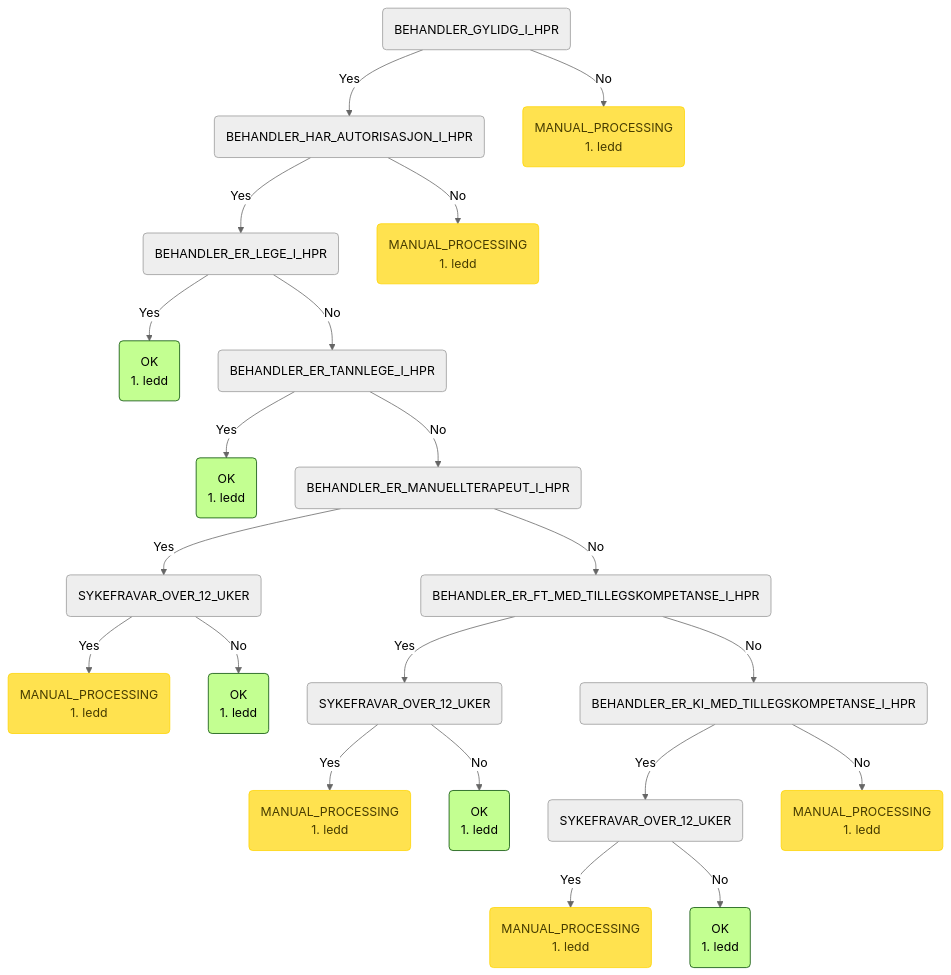
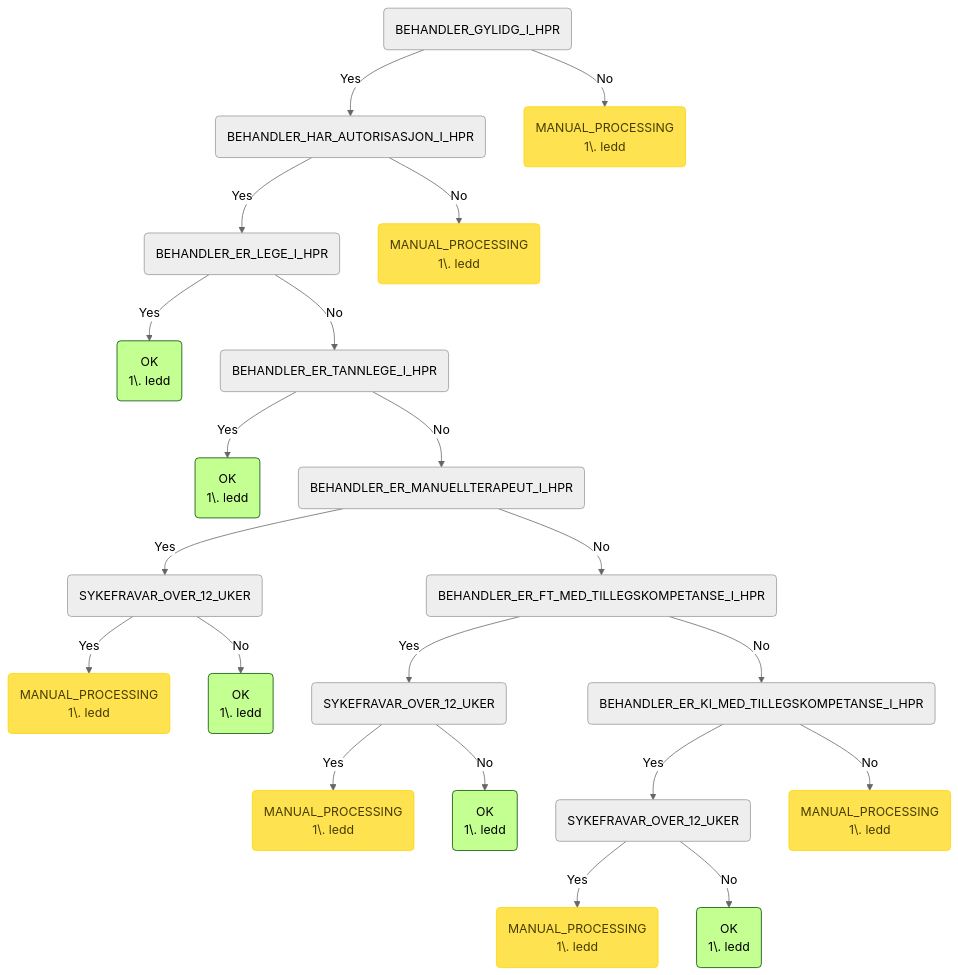
The fourth of 8 diagrams in README.md (navikt/syfosmpapirregler), drawn with Mermaid (neutral theme) before and after one commit. The commit also changed other lines of this file and 1 other file, not shown here.

````diff
--- a/README.md
+++ b/README.md
@@ -136,31 +124,37 @@
 ```mermaid
 graph TD
     root(BEHANDLER_GYLIDG_I_HPR) -->|Yes| root_BEHANDLER_GYLIDG_I_HPR_BEHANDLER_HAR_AUTORISASJON_I_HPR(BEHANDLER_HAR_AUTORISASJON_I_HPR)
     root_BEHANDLER_GYLIDG_I_HPR_BEHANDLER_HAR_AUTORISASJON_I_HPR(BEHANDLER_HAR_AUTORISASJON_I_HPR) -->|Yes| root_BEHANDLER_GYLIDG_I_HPR_BEHANDLER_HAR_AUTORISASJON_I_HPR_BEHANDLER_ER_LEGE_I_HPR(BEHANDLER_ER_LEGE_I_HPR)
     root_BEHANDLER_GYLIDG_I_HPR_BEHANDLER_HAR_AUTORISASJON_I_HPR_BEHANDLER_ER_LEGE_I_HPR(BEHANDLER_ER_LEGE_I_HPR) -->|Yes| root_BEHANDLER_GYLIDG_I_HPR_BEHANDLER_HAR_AUTORISASJON_I_HPR_BEHANDLER_ER_LEGE_I_HPR_OK(OK
-1. ledd):::ok
+1\. ledd):::ok
     root_BEHANDLER_GYLIDG_I_HPR_BEHANDLER_HAR_AUTORISASJON_I_HPR_BEHANDLER_ER_LEGE_I_HPR(BEHANDLER_ER_LEGE_I_HPR) -->|No| root_BEHANDLER_GYLIDG_I_HPR_BEHANDLER_HAR_AUTORISASJON_I_HPR_BEHANDLER_ER_LEGE_I_HPR_BEHANDLER_ER_TANNLEGE_I_HPR(BEHANDLER_ER_TANNLEGE_I_HPR)
     root_BEHANDLER_GYLIDG_I_HPR_BEHANDLER_HAR_AUTORISASJON_I_HPR_BEHANDLER_ER_LEGE_I_HPR_BEHANDLER_ER_TANNLEGE_I_HPR(BEHANDLER_ER_TANNLEGE_I_HPR) -->|Yes| root_BEHANDLER_GYLIDG_I_HPR_BEHANDLER_HAR_AUTORISASJON_I_HPR_BEHANDLER_ER_LEGE_I_HPR_BEHANDLER_ER_TANNLEGE_I_HPR_OK(OK
-1. ledd):::ok
+1\. ledd):::ok
     root_BEHANDLER_GYLIDG_I_HPR_BEHANDLER_HAR_AUTORISASJON_I_HPR_BEHANDLER_ER_LEGE_I_HPR_BEHANDLER_ER_TANNLEGE_I_HPR(BEHANDLER_ER_TANNLEGE_I_HPR) -->|No| root_BEHANDLER_GYLIDG_I_HPR_BEHANDLER_HAR_AUTORISASJON_I_HPR_BEHANDLER_ER_LEGE_I_HPR_BEHANDLER_ER_TANNLEGE_I_HPR_BEHANDLER_ER_MANUELLTERAPEUT_I_HPR(BEHANDLER_ER_MANUELLTERAPEUT_I_HPR)
     root_BEHANDLER_GYLIDG_I_HPR_BEHANDLER_HAR_AUTORISASJON_I_HPR_BEHANDLER_ER_LEGE_I_HPR_BEHANDLER_ER_TANNLEGE_I_HPR_BEHANDLER_ER_MANUELLTERAPEUT_I_HPR(BEHANDLER_ER_MANUELLTERAPEUT_I_HPR) -->|Yes| root_BEHANDLER_GYLIDG_I_HPR_BEHANDLER_HAR_AUTORISASJON_I_HPR_BEHANDLER_ER_LEGE_I_HPR_BEHANDLER_ER_TANNLEGE_I_HPR_BEHANDLER_ER_MANUELLTERAPEUT_I_HPR_SYKEFRAVAR_OVER_12_UKER(SYKEFRAVAR_OVER_12_UKER)
     root_BEHANDLER_GYLIDG_I_HPR_BEHANDLER_HAR_AUTORISASJON_I_HPR_BEHANDLER_ER_LEGE_I_HPR_BEHANDLER_ER_TANNLEGE_I_HPR_BEHANDLER_ER_MANUELLTERAPEUT_I_HPR_SYKEFRAVAR_OVER_12_UKER(SYKEFRAVAR_OVER_12_UKER) -->|Yes| root_BEHANDLER_GYLIDG_I_HPR_BEHANDLER_HAR_AUTORISASJON_I_HPR_BEHANDLER_ER_LEGE_I_HPR_BEHANDLER_ER_TANNLEGE_I_HPR_BEHANDLER_ER_MANUELLTERAPEUT_I_HPR_SYKEFRAVAR_OVER_12_UKER_MANUAL_PROCESSING(MANUAL_PROCESSING
-1. ledd):::manuell
-    root_BEHANDLER_GYLIDG_I_HPR_BEHANDLER_HAR_AUTORISASJON_I_HPR_BEHANDLER_ER_LEGE_I_HPR_BEHANDLER_ER_TANNLEGE_I_HPR_BEHANDLER_ER_MANUELLTERAPEUT_I_HPR_SYKEFRAVAR_OVER_12_UKER(SYKEFRAVAR_OVER_12_UKER) -->|No| root_BEHANDLER_GYLIDG_I_HPR_BEHANDLER_HAR_AUTORISASJON_I_HPR_BEHANDLER_ER_LEGE_I_HPR_BEHANDLER_ER_TANNLEGE_I_HPR_BEHANDLER_ER_MANUELLTERAPEUT_I_HPR_SYKEFRAVAR_OVER_12_UKER_OK(OK <br/>1. ledd):::ok
+1\. ledd):::manuell
+    root_BEHANDLER_GYLIDG_I_HPR_BEHANDLER_HAR_AUTORISASJON_I_HPR_BEHANDLER_ER_LEGE_I_HPR_BEHANDLER_ER_TANNLEGE_I_HPR_BEHANDLER_ER_MANUELLTERAPEUT_I_HPR_SYKEFRAVAR_OVER_12_UKER(SYKEFRAVAR_OVER_12_UKER) -->|No| root_BEHANDLER_GYLIDG_I_HPR_BEHANDLER_HAR_AUTORISASJON_I_HPR_BEHANDLER_ER_LEGE_I_HPR_BEHANDLER_ER_TANNLEGE_I_HPR_BEHANDLER_ER_MANUELLTERAPEUT_I_HPR_SYKEFRAVAR_OVER_12_UKER_OK(OK
+1\. ledd):::ok
     root_BEHANDLER_GYLIDG_I_HPR_BEHANDLER_HAR_AUTORISASJON_I_HPR_BEHANDLER_ER_LEGE_I_HPR_BEHANDLER_ER_TANNLEGE_I_HPR_BEHANDLER_ER_MANUELLTERAPEUT_I_HPR(BEHANDLER_ER_MANUELLTERAPEUT_I_HPR) -->|No| root_BEHANDLER_GYLIDG_I_HPR_BEHANDLER_HAR_AUTORISASJON_I_HPR_BEHANDLER_ER_LEGE_I_HPR_BEHANDLER_ER_TANNLEGE_I_HPR_BEHANDLER_ER_MANUELLTERAPEUT_I_HPR_BEHANDLER_ER_FT_MED_TILLEGSKOMPETANSE_I_HPR(BEHANDLER_ER_FT_MED_TILLEGSKOMPETANSE_I_HPR)
     root_BEHANDLER_GYLIDG_I_HPR_BEHANDLER_HAR_AUTORISASJON_I_HPR_BEHANDLER_ER_LEGE_I_HPR_BEHANDLER_ER_TANNLEGE_I_HPR_BEHANDLER_ER_MANUELLTERAPEUT_I_HPR_BEHANDLER_ER_FT_MED_TILLEGSKOMPETANSE_I_HPR(BEHANDLER_ER_FT_MED_TILLEGSKOMPETANSE_I_HPR) -->|Yes| root_BEHANDLER_GYLIDG_I_HPR_BEHANDLER_HAR_AUTORISASJON_I_HPR_BEHANDLER_ER_LEGE_I_HPR_BEHANDLER_ER_TANNLEGE_I_HPR_BEHANDLER_ER_MANUELLTERAPEUT_I_HPR_BEHANDLER_ER_FT_MED_TILLEGSKOMPETANSE_I_HPR_SYKEFRAVAR_OVER_12_UKER(SYKEFRAVAR_OVER_12_UKER)
     root_BEHANDLER_GYLIDG_I_HPR_BEHANDLER_HAR_AUTORISASJON_I_HPR_BEHANDLER_ER_LEGE_I_HPR_BEHANDLER_ER_TANNLEGE_I_HPR_BEHANDLER_ER_MANUELLTERAPEUT_I_HPR_BEHANDLER_ER_FT_MED_TILLEGSKOMPETANSE_I_HPR_SYKEFRAVAR_OVER_12_UKER(SYKEFRAVAR_OVER_12_UKER) -->|Yes| root_BEHANDLER_GYLIDG_I_HPR_BEHANDLER_HAR_AUTORISASJON_I_HPR_BEHANDLER_ER_LEGE_I_HPR_BEHANDLER_ER_TANNLEGE_I_HPR_BEHANDLER_ER_MANUELLTERAPEUT_I_HPR_BEHANDLER_ER_FT_MED_TILLEGSKOMPETANSE_I_HPR_SYKEFRAVAR_OVER_12_UKER_MANUAL_PROCESSING(MANUAL_PROCESSING
-1. ledd):::manuell
-    root_BEHANDLER_GYLIDG_I_HPR_BEHANDLER_HAR_AUTORISASJON_I_HPR_BEHANDLER_ER_LEGE_I_HPR_BEHANDLER_ER_TANNLEGE_I_HPR_BEHANDLER_ER_MANUELLTERAPEUT_I_HPR_BEHANDLER_ER_FT_MED_TILLEGSKOMPETANSE_I_HPR_SYKEFRAVAR_OVER_12_UKER(SYKEFRAVAR_OVER_12_UKER) -->|No| root_BEHANDLER_GYLIDG_I_HPR_BEHANDLER_HAR_AUTORISASJON_I_HPR_BEHANDLER_ER_LEGE_I_HPR_BEHANDLER_ER_TANNLEGE_I_HPR_BEHANDLER_ER_MANUELLTERAPEUT_I_HPR_BEHANDLER_ER_FT_MED_TILLEGSKOMPETANSE_I_HPR_SYKEFRAVAR_OVER_12_UKER_OK(OK <br/>1. ledd):::ok
+1\. ledd):::manuell
+    root_BEHANDLER_GYLIDG_I_HPR_BEHANDLER_HAR_AUTORISASJON_I_HPR_BEHANDLER_ER_LEGE_I_HPR_BEHANDLER_ER_TANNLEGE_I_HPR_BEHANDLER_ER_MANUELLTERAPEUT_I_HPR_BEHANDLER_ER_FT_MED_TILLEGSKOMPETANSE_I_HPR_SYKEFRAVAR_OVER_12_UKER(SYKEFRAVAR_OVER_12_UKER) -->|No| root_BEHANDLER_GYLIDG_I_HPR_BEHANDLER_HAR_AUTORISASJON_I_HPR_BEHANDLER_ER_LEGE_I_HPR_BEHANDLER_ER_TANNLEGE_I_HPR_BEHANDLER_ER_MANUELLTERAPEUT_I_HPR_BEHANDLER_ER_FT_MED_TILLEGSKOMPETANSE_I_HPR_SYKEFRAVAR_OVER_12_UKER_OK(OK
+1\. ledd):::ok
     root_BEHANDLER_GYLIDG_I_HPR_BEHANDLER_HAR_AUTORISASJON_I_HPR_BEHANDLER_ER_LEGE_I_HPR_BEHANDLER_ER_TANNLEGE_I_HPR_BEHANDLER_ER_MANUELLTERAPEUT_I_HPR_BEHANDLER_ER_FT_MED_TILLEGSKOMPETANSE_I_HPR(BEHANDLER_ER_FT_MED_TILLEGSKOMPETANSE_I_HPR) -->|No| root_BEHANDLER_GYLIDG_I_HPR_BEHANDLER_HAR_AUTORISASJON_I_HPR_BEHANDLER_ER_LEGE_I_HPR_BEHANDLER_ER_TANNLEGE_I_HPR_BEHANDLER_ER_MANUELLTERAPEUT_I_HPR_BEHANDLER_ER_FT_MED_TILLEGSKOMPETANSE_I_HPR_BEHANDLER_ER_KI_MED_TILLEGSKOMPETANSE_I_HPR(BEHANDLER_ER_KI_MED_TILLEGSKOMPETANSE_I_HPR)
     root_BEHANDLER_GYLIDG_I_HPR_BEHANDLER_HAR_AUTORISASJON_I_HPR_BEHANDLER_ER_LEGE_I_HPR_BEHANDLER_ER_TANNLEGE_I_HPR_BEHANDLER_ER_MANUELLTERAPEUT_I_HPR_BEHANDLER_ER_FT_MED_TILLEGSKOMPETANSE_I_HPR_BEHANDLER_ER_KI_MED_TILLEGSKOMPETANSE_I_HPR(BEHANDLER_ER_KI_MED_TILLEGSKOMPETANSE_I_HPR) -->|Yes| root_BEHANDLER_GYLIDG_I_HPR_BEHANDLER_HAR_AUTORISASJON_I_HPR_BEHANDLER_ER_LEGE_I_HPR_BEHANDLER_ER_TANNLEGE_I_HPR_BEHANDLER_ER_MANUELLTERAPEUT_I_HPR_BEHANDLER_ER_FT_MED_TILLEGSKOMPETANSE_I_HPR_BEHANDLER_ER_KI_MED_TILLEGSKOMPETANSE_I_HPR_SYKEFRAVAR_OVER_12_UKER(SYKEFRAVAR_OVER_12_UKER)
     root_BEHANDLER_GYLIDG_I_HPR_BEHANDLER_HAR_AUTORISASJON_I_HPR_BEHANDLER_ER_LEGE_I_HPR_BEHANDLER_ER_TANNLEGE_I_HPR_BEHANDLER_ER_MANUELLTERAPEUT_I_HPR_BEHANDLER_ER_FT_MED_TILLEGSKOMPETANSE_I_HPR_BEHANDLER_ER_KI_MED_TILLEGSKOMPETANSE_I_HPR_SYKEFRAVAR_OVER_12_UKER(SYKEFRAVAR_OVER_12_UKER) -->|Yes| root_BEHANDLER_GYLIDG_I_HPR_BEHANDLER_HAR_AUTORISASJON_I_HPR_BEHANDLER_ER_LEGE_I_HPR_BEHANDLER_ER_TANNLEGE_I_HPR_BEHANDLER_ER_MANUELLTERAPEUT_I_HPR_BEHANDLER_ER_FT_MED_TILLEGSKOMPETANSE_I_HPR_BEHANDLER_ER_KI_MED_TILLEGSKOMPETANSE_I_HPR_SYKEFRAVAR_OVER_12_UKER_MANUAL_PROCESSING(MANUAL_PROCESSING
-1. ledd):::manuell
-    root_BEHANDLER_GYLIDG_I_HPR_BEHANDLER_HAR_AUTORISASJON_I_HPR_BEHANDLER_ER_LEGE_I_HPR_BEHANDLER_ER_TANNLEGE_I_HPR_BEHANDLER_ER_MANUELLTERAPEUT_I_HPR_BEHANDLER_ER_FT_MED_TILLEGSKOMPETANSE_I_HPR_BEHANDLER_ER_KI_MED_TILLEGSKOMPETANSE_I_HPR_SYKEFRAVAR_OVER_12_UKER(SYKEFRAVAR_OVER_12_UKER) -->|No| root_BEHANDLER_GYLIDG_I_HPR_BEHANDLER_HAR_AUTORISASJON_I_HPR_BEHANDLER_ER_LEGE_I_HPR_BEHANDLER_ER_TANNLEGE_I_HPR_BEHANDLER_ER_MANUELLTERAPEUT_I_HPR_BEHANDLER_ER_FT_MED_TILLEGSKOMPETANSE_I_HPR_BEHANDLER_ER_KI_MED_TILLEGSKOMPETANSE_I_HPR_SYKEFRAVAR_OVER_12_UKER_OK(OK <br/>1. ledd):::ok
-    root_BEHANDLER_GYLIDG_I_HPR_BEHANDLER_HAR_AUTORISASJON_I_HPR_BEHANDLER_ER_LEGE_I_HPR_BEHANDLER_ER_TANNLEGE_I_HPR_BEHANDLER_ER_MANUELLTERAPEUT_I_HPR_BEHANDLER_ER_FT_MED_TILLEGSKOMPETANSE_I_HPR_BEHANDLER_ER_KI_MED_TILLEGSKOMPETANSE_I_HPR(BEHANDLER_ER_KI_MED_TILLEGSKOMPETANSE_I_HPR) -->|No| root_BEHANDLER_GYLIDG_I_HPR_BEHANDLER_HAR_AUTORISASJON_I_HPR_BEHANDLER_ER_LEGE_I_HPR_BEHANDLER_ER_TANNLEGE_I_HPR_BEHANDLER_ER_MANUELLTERAPEUT_I_HPR_BEHANDLER_ER_FT_MED_TILLEGSKOMPETANSE_I_HPR_BEHANDLER_ER_KI_MED_TILLEGSKOMPETANSE_I_HPR_MANUAL_PROCESSING(MANUAL_PROCESSING <br/>1. ledd):::manuell
-    root_BEHANDLER_GYLIDG_I_HPR_BEHANDLER_HAR_AUTORISASJON_I_HPR(BEHANDLER_HAR_AUTORISASJON_I_HPR) -->|No| root_BEHANDLER_GYLIDG_I_HPR_BEHANDLER_HAR_AUTORISASJON_I_HPR_MANUAL_PROCESSING(MANUAL_PROCESSING <br/>1. ledd):::manuell
-    root(BEHANDLER_GYLIDG_I_HPR) -->|No| root_BEHANDLER_GYLIDG_I_HPR_MANUAL_PROCESSING(MANUAL_PROCESSING <br/>1. ledd):::manuell
+1\. ledd):::manuell
+    root_BEHANDLER_GYLIDG_I_HPR_BEHANDLER_HAR_AUTORISASJON_I_HPR_BEHANDLER_ER_LEGE_I_HPR_BEHANDLER_ER_TANNLEGE_I_HPR_BEHANDLER_ER_MANUELLTERAPEUT_I_HPR_BEHANDLER_ER_FT_MED_TILLEGSKOMPETANSE_I_HPR_BEHANDLER_ER_KI_MED_TILLEGSKOMPETANSE_I_HPR_SYKEFRAVAR_OVER_12_UKER(SYKEFRAVAR_OVER_12_UKER) -->|No| root_BEHANDLER_GYLIDG_I_HPR_BEHANDLER_HAR_AUTORISASJON_I_HPR_BEHANDLER_ER_LEGE_I_HPR_BEHANDLER_ER_TANNLEGE_I_HPR_BEHANDLER_ER_MANUELLTERAPEUT_I_HPR_BEHANDLER_ER_FT_MED_TILLEGSKOMPETANSE_I_HPR_BEHANDLER_ER_KI_MED_TILLEGSKOMPETANSE_I_HPR_SYKEFRAVAR_OVER_12_UKER_OK(OK
+1\. ledd):::ok
+    root_BEHANDLER_GYLIDG_I_HPR_BEHANDLER_HAR_AUTORISASJON_I_HPR_BEHANDLER_ER_LEGE_I_HPR_BEHANDLER_ER_TANNLEGE_I_HPR_BEHANDLER_ER_MANUELLTERAPEUT_I_HPR_BEHANDLER_ER_FT_MED_TILLEGSKOMPETANSE_I_HPR_BEHANDLER_ER_KI_MED_TILLEGSKOMPETANSE_I_HPR(BEHANDLER_ER_KI_MED_TILLEGSKOMPETANSE_I_HPR) -->|No| root_BEHANDLER_GYLIDG_I_HPR_BEHANDLER_HAR_AUTORISASJON_I_HPR_BEHANDLER_ER_LEGE_I_HPR_BEHANDLER_ER_TANNLEGE_I_HPR_BEHANDLER_ER_MANUELLTERAPEUT_I_HPR_BEHANDLER_ER_FT_MED_TILLEGSKOMPETANSE_I_HPR_BEHANDLER_ER_KI_MED_TILLEGSKOMPETANSE_I_HPR_MANUAL_PROCESSING(MANUAL_PROCESSING
+1\. ledd):::manuell
+    root_BEHANDLER_GYLIDG_I_HPR_BEHANDLER_HAR_AUTORISASJON_I_HPR(BEHANDLER_HAR_AUTORISASJON_I_HPR) -->|No| root_BEHANDLER_GYLIDG_I_HPR_BEHANDLER_HAR_AUTORISASJON_I_HPR_MANUAL_PROCESSING(MANUAL_PROCESSING
+1\. ledd):::manuell
+    root(BEHANDLER_GYLIDG_I_HPR) -->|No| root_BEHANDLER_GYLIDG_I_HPR_MANUAL_PROCESSING(MANUAL_PROCESSING
+1\. ledd):::manuell
     classDef ok fill:#c3ff91,stroke:#004a00,color: black;
     classDef invalid fill:#ff7373,stroke:#ff0000,color: black;
     classDef manuell fill:#ffe24f,stroke:#ffd500,color: #473c00;
 ```
````
